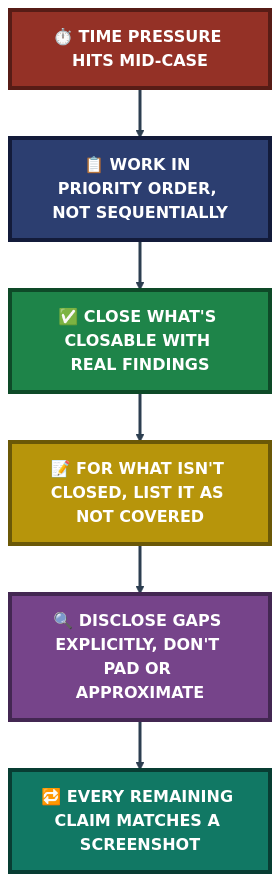
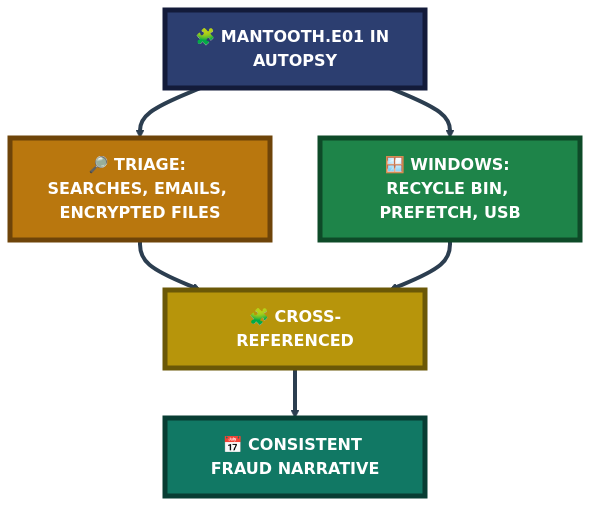
Before and after one commit to malaika-azhar/Cybersecurity-Lab-Projects: the third of 3 diagrams in 3-Advanced-Cyber-Projects/project-18-mantooth-investigation-registry-analysis/README.md, drawn with Mermaid. The commit also changed other lines of this file, not shown here.

````diff
--- a/3-Advanced-Cyber-Projects/project-18-mantooth-investigation-registry-analysis/README.md
+++ b/3-Advanced-Cyber-Projects/project-18-mantooth-investigation-registry-analysis/README.md
@@ -312,20 +374,20 @@
 ```mermaid
 flowchart TB
-    Time["⏱️ TIME PRESSURE HITS MID-CASE"]:::timeClass
-    Priority["📋 WORK IN PRIORITY ORDER, NOT SEQUENTIALLY"]:::priorityClass
-    Closed["✅ CLOSE WHAT'S CLOSABLE WITH REAL FINDINGS"]:::closedClass
-    Open["📝 FOR WHAT ISN'T CLOSED, LIST IT AS NOT COVERED"]:::openClass
-    Disclose["🔍 DISCLOSE GAPS EXPLICITLY, DON'T PAD OR APPROXIMATE"]:::discloseClass
-    Resume["🔁 EVERY REMAINING CLAIM MATCHES A SCREENSHOT"]:::resumeClass
+    Image["🧩 MANTOOTH.E01 IN AUTOPSY"]:::imageClass
+    Triage["🔎 TRIAGE: SEARCHES, EMAILS, ENCRYPTED FILES"]:::triageClass
+    Windows["🪟 WINDOWS: RECYCLE BIN, PREFETCH, USB"]:::windowsClass
+    Merge["🧩 CROSS-REFERENCED"]:::mergeClass
+    Story["📅 CONSISTENT FRAUD NARRATIVE"]:::storyClass
 
-    Time --> Priority --> Closed --> Open --> Disclose --> Resume
+    Image --> Triage --> Merge
+    Image --> Windows --> Merge
+    Merge --> Story
 
-    classDef timeClass fill:#943126,stroke:#571C16,stroke-width:4px,color:#FFFFFF,font-weight:bold
-    classDef priorityClass fill:#2C3E70,stroke:#131B3A,stroke-width:4px,color:#FFFFFF,font-weight:bold
-    classDef closedClass fill:#1E8449,stroke:#0E4A28,stroke-width:4px,color:#FFFFFF,font-weight:bold
-    classDef openClass fill:#B7950B,stroke:#6B5807,stroke-width:4px,color:#FFFFFF,font-weight:bold
-    classDef discloseClass fill:#76448A,stroke:#432752,stroke-width:4px,color:#FFFFFF,font-weight:bold
-    classDef resumeClass fill:#117864,stroke:#083D33,stroke-width:4px,color:#FFFFFF,font-weight:bold
+    classDef imageClass fill:#2C3E70,stroke:#131B3A,stroke-width:5px,color:#FFFFFF,font-weight:bold,font-size:16px
+    classDef triageClass fill:#B9770E,stroke:#6E4409,stroke-width:5px,color:#FFFFFF,font-weight:bold,font-size:16px
+    classDef windowsClass fill:#1E8449,stroke:#0E4A28,stroke-width:5px,color:#FFFFFF,font-weight:bold,font-size:16px
+    classDef mergeClass fill:#B7950B,stroke:#6B5807,stroke-width:5px,color:#FFFFFF,font-weight:bold,font-size:16px
+    classDef storyClass fill:#117864,stroke:#083D33,stroke-width:5px,color:#FFFFFF,font-weight:bold,font-size:16px
 
-    linkStyle default stroke:#2C3E50,stroke-width:3px
+    linkStyle default stroke:#2C3E50,stroke-width:4px
 ```
````
